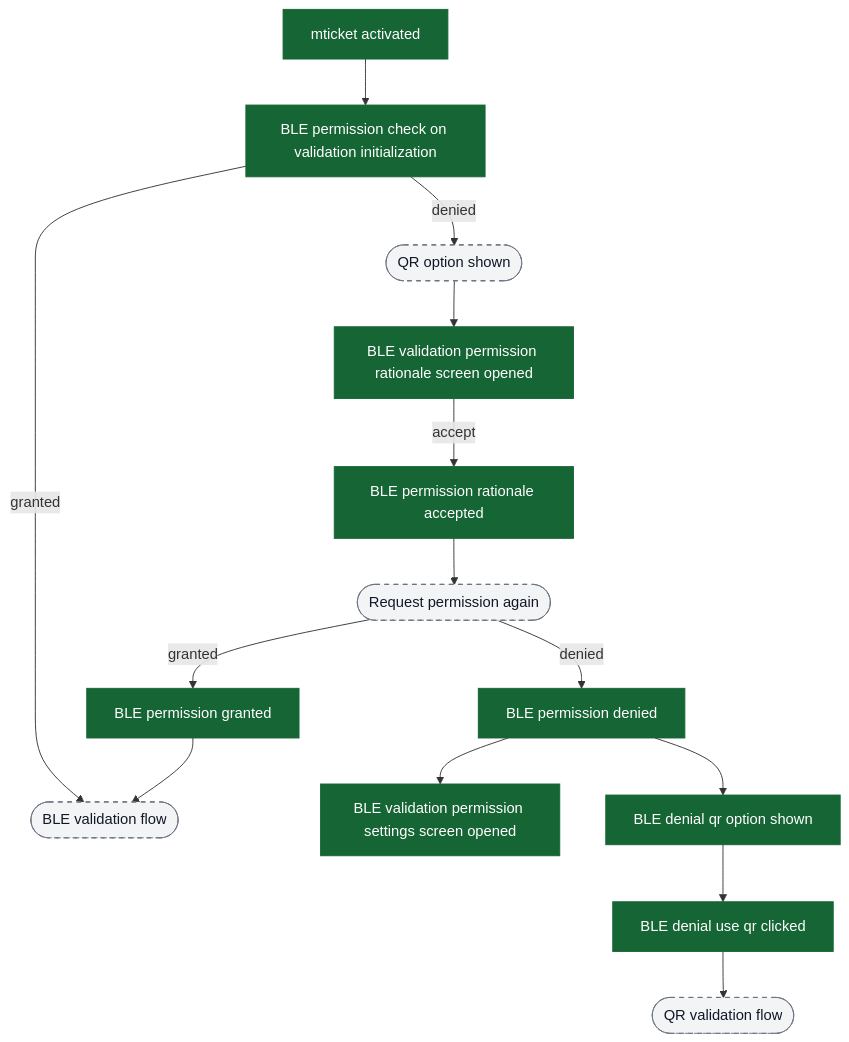
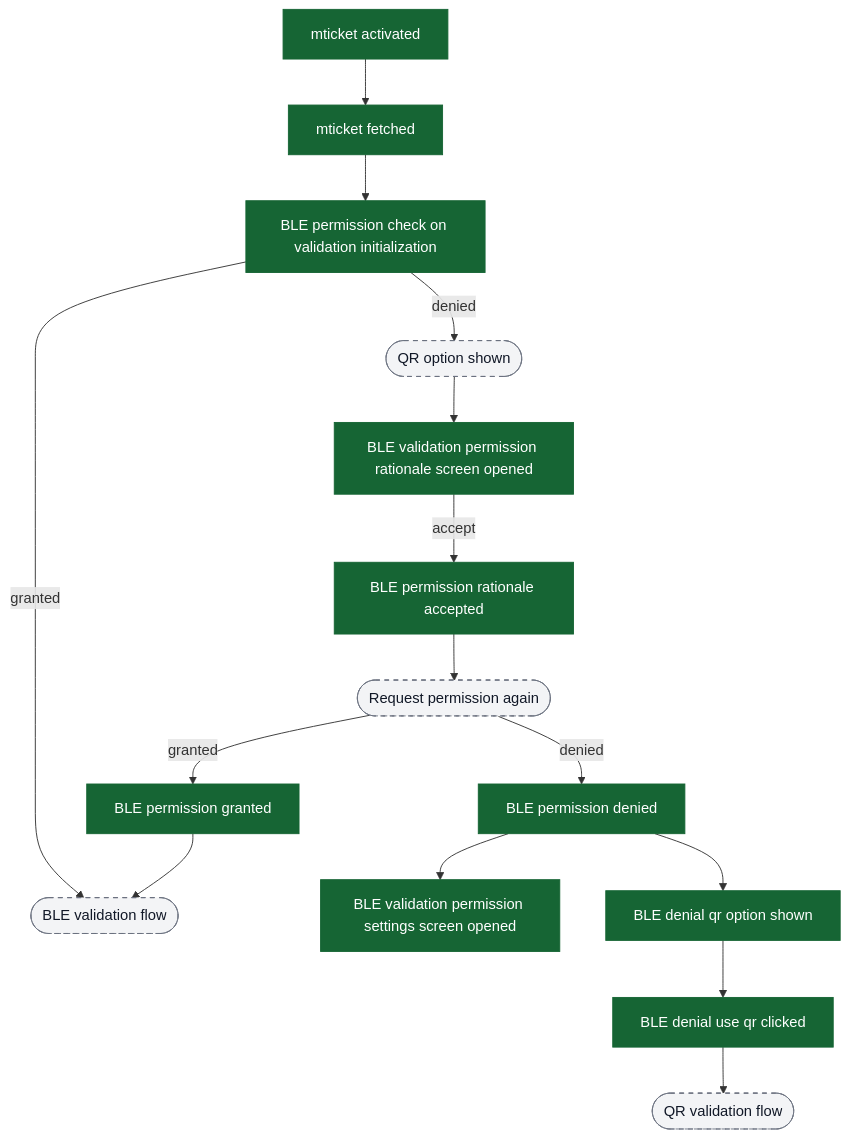
The eighth of 17 diagrams in content/analytics/mticket/flow-diagrams.md (ratulsarna/chalo-app-dashboard), drawn with Mermaid before and after one commit. The commit also changed other lines of this file and 3 other files, not shown here.

Commit message:
feat(analytics): update mTicket and Trip Planner event definitions and flow diagrams

````diff
--- a/content/analytics/mticket/flow-diagrams.md
+++ b/content/analytics/mticket/flow-diagrams.md
@@ -195,27 +198,31 @@
 ```mermaid
 flowchart TD
-  ev_activated["mticket activated"] --> ev_blePermCheck["BLE permission check on validation initialization"]
+  %%chalo:diagram-link ui_bleFlow -> title:BLE Validation Flow
+  %%chalo:diagram-link ui_qrFlow -> title:QR Validation Flow
+  ev_activated["mticket activated"] --> ev_mticketFetched["mticket fetched"]
+
+  ev_mticketFetched --> ev_blePermCheck["BLE permission check on validation initialization"]
 
   ev_blePermCheck -->|granted| ui_bleFlow([BLE validation flow])
   ev_blePermCheck -->|denied| ui_qrOption([QR option shown])
 
   ui_qrOption --> ev_bleRationaleOpen["BLE validation permission rationale screen opened"]
   ev_bleRationaleOpen -->|accept| ev_bleRationaleAccepted["BLE permission rationale accepted"]
   ev_bleRationaleAccepted --> ui_requestPerm([Request permission again])
   ui_requestPerm -->|granted| ev_bleGranted["BLE permission granted"]
   ui_requestPerm -->|denied| ev_bleDenied["BLE permission denied"]
 
   ev_bleDenied --> ev_bleSettingsOpen["BLE validation permission settings screen opened"]
 
   ev_bleGranted --> ui_bleFlow
   ev_bleDenied --> ev_bleDenialQrShown["BLE denial qr option shown"]
   ev_bleDenialQrShown --> ev_bleDenialUseQrClicked["BLE denial use qr clicked"]
   ev_bleDenialUseQrClicked --> ui_qrFlow([QR validation flow])
 
   classDef event fill:#166534,stroke:#166534,color:#ffffff;
   classDef ui fill:#f3f4f6,stroke:#6b7280,stroke-dasharray: 5 5,color:#111827;
   classDef external fill:#ffffff,stroke:#6b7280,stroke-dasharray: 3 3,color:#111827;
 
-  class ev_activated,ev_blePermCheck,ev_bleRationaleOpen,ev_bleRationaleAccepted,ev_bleGranted,ev_bleDenied,ev_bleSettingsOpen,ev_bleDenialQrShown,ev_bleDenialUseQrClicked event;
+  class ev_activated,ev_mticketFetched,ev_blePermCheck,ev_bleRationaleOpen,ev_bleRationaleAccepted,ev_bleGranted,ev_bleDenied,ev_bleSettingsOpen,ev_bleDenialQrShown,ev_bleDenialUseQrClicked event;
   class ui_bleFlow,ui_qrOption,ui_requestPerm,ui_qrFlow ui;
 ```
````
